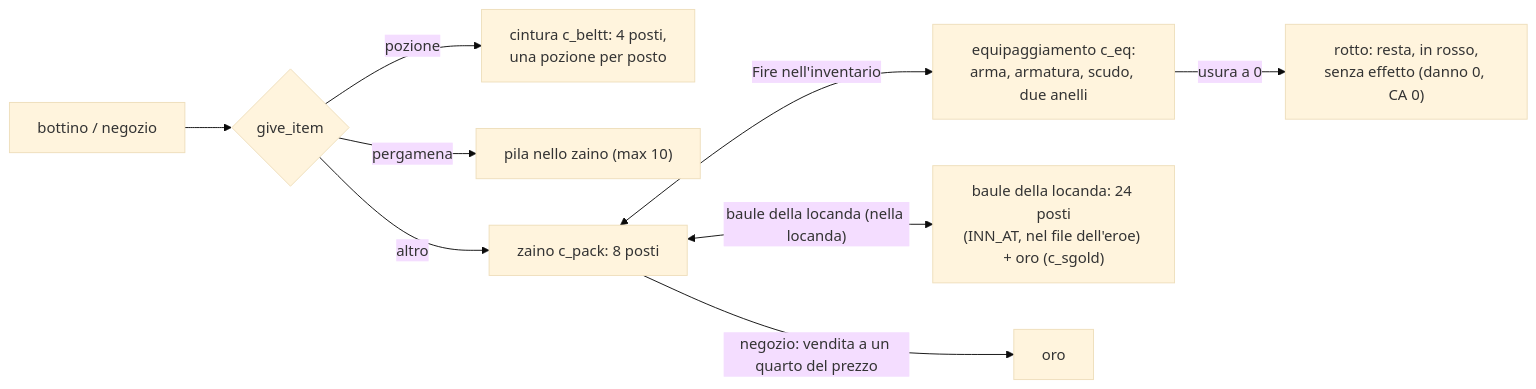
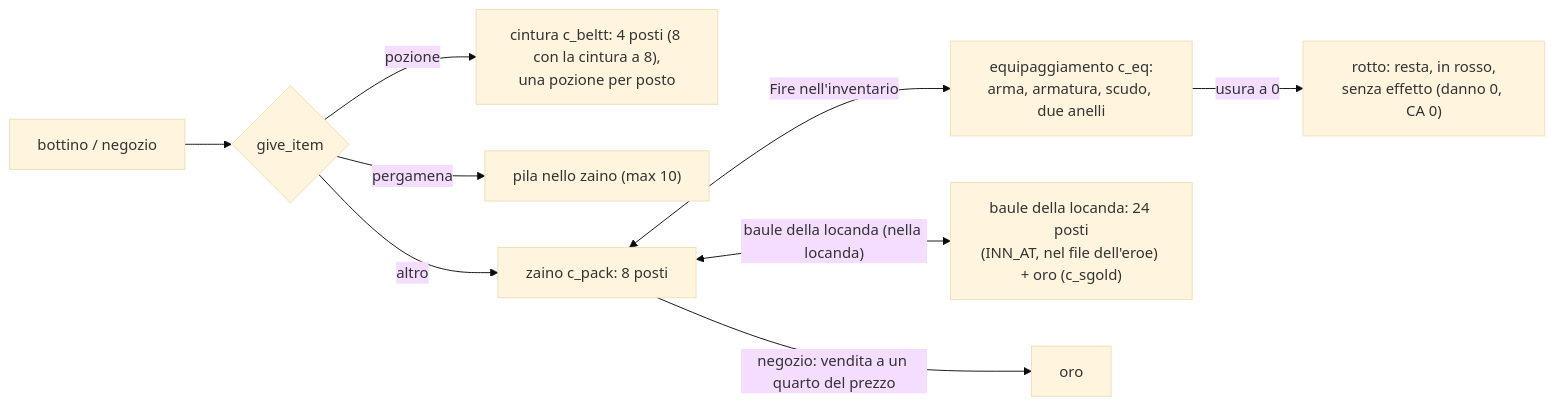
One commit to caporalesimone/barbarian-the-blood-path changed the second of 2 diagrams in docs/wiki/oggetti.md. Above: the diagram before and after it, drawn with Mermaid (base theme). The commit also changed other lines of this file and 30 other files, not shown here.

First line of the commit message:
Cintura a 8 posti, premio del passo 6

````diff
--- a/docs/wiki/oggetti.md
+++ b/docs/wiki/oggetti.md
@@ -191,11 +191,11 @@
 ```mermaid
 flowchart LR
     B["bottino / negozio"] --> GI{"give_item"}
-    GI -->|pozione| BE["cintura c_beltt: 4 posti,<br/>una pozione per posto"]
+    GI -->|pozione| BE["cintura c_beltt: 4 posti (8 con la cintura a 8),<br/>una pozione per posto"]
     GI -->|pergamena| SC["pila nello zaino (max 10)"]
     GI -->|altro| PK["zaino c_pack: 8 posti"]
     PK <-->|Fire nell'inventario| EQ["equipaggiamento c_eq:<br/>arma, armatura, scudo, due anelli"]
     PK <-->|"baule della locanda (nella locanda)"| ST["baule della locanda: 24 posti<br/>(INN_AT, nel file dell'eroe) + oro (c_sgold)"]
     PK -->|negozio: vendita a un quarto del prezzo| G["oro"]
     EQ -->|"usura a 0"| X["rotto: resta, in rosso,<br/>senza effetto (danno 0, CA 0)"]
 ```
````
